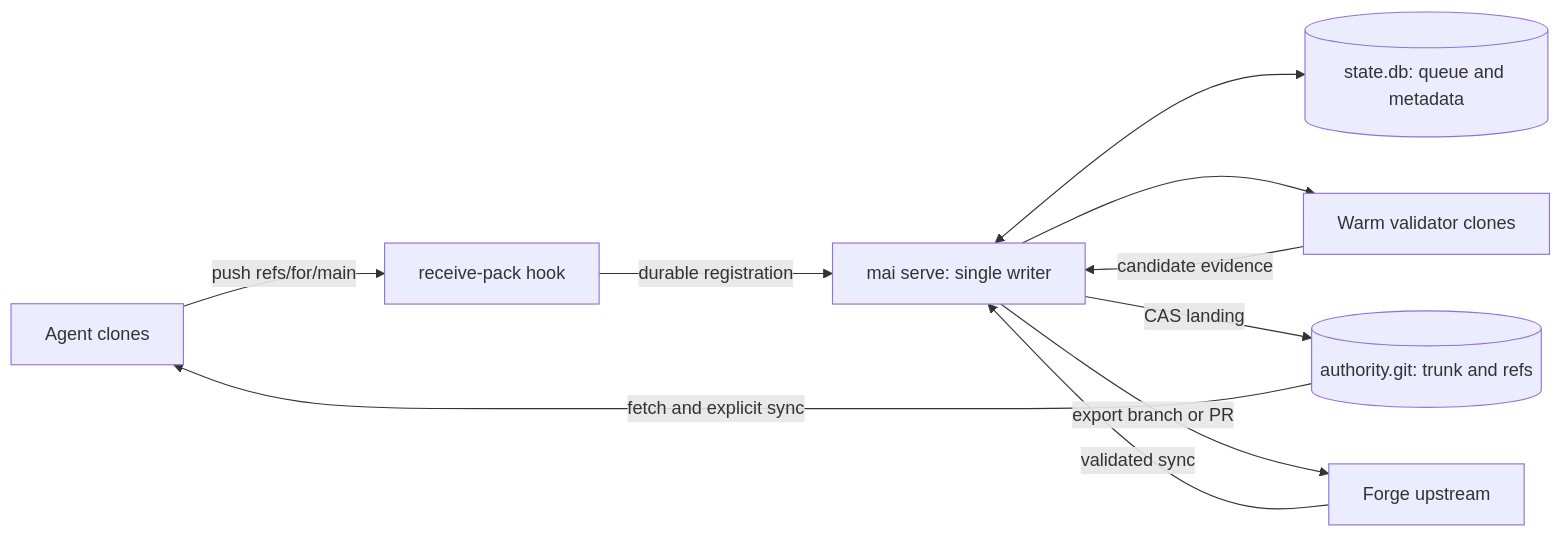
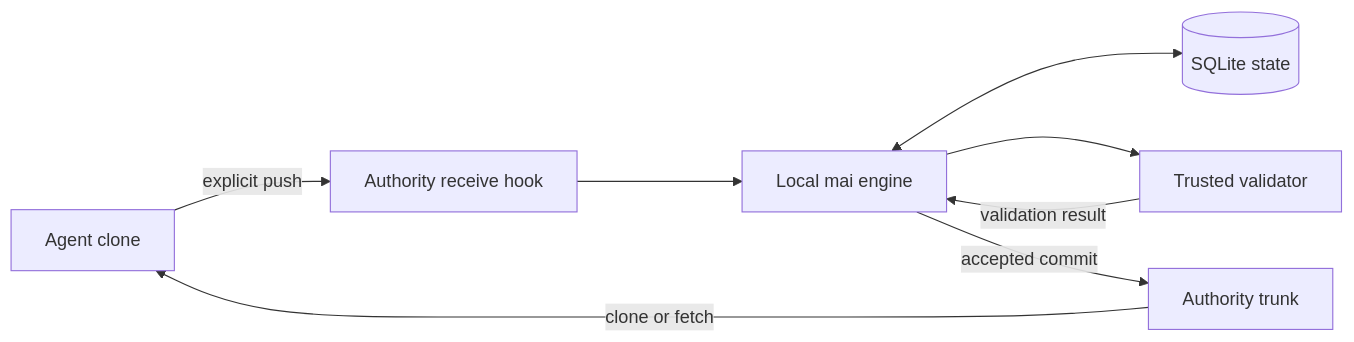
One commit to maida-ai/mai changed the diagram in docs/architecture.md. Above: the diagram before and after it, drawn with Mermaid. The commit also changed other lines of this file and 31 other files, not shown here.

````diff
--- a/docs/architecture.md
+++ b/docs/architecture.md
@@ -5,12 +5,10 @@
 ```mermaid
 flowchart LR
-  A[Agent clones] -->|push refs/for/main| R[receive-pack hook]
-  R -->|durable registration| E[mai serve: single writer]
-  E <--> Q[(state.db: queue and metadata)]
-  E --> V[Warm validator clones]
-  V -->|candidate evidence| E
-  E -->|CAS landing| T[(authority.git: trunk and refs)]
-  U[Forge upstream] -->|validated sync| E
-  E -->|export branch or PR| U
-  T -->|fetch and explicit sync| A
+  A[Agent clone] -->|explicit push| R[Authority receive hook]
+  R --> E[Local mai engine]
+  E <--> D[(SQLite state)]
+  E --> V[Trusted validator]
+  V -->|validation result| E
+  E -->|accepted commit| T[Authority trunk]
+  T -->|clone or fetch| A
 ```
````
